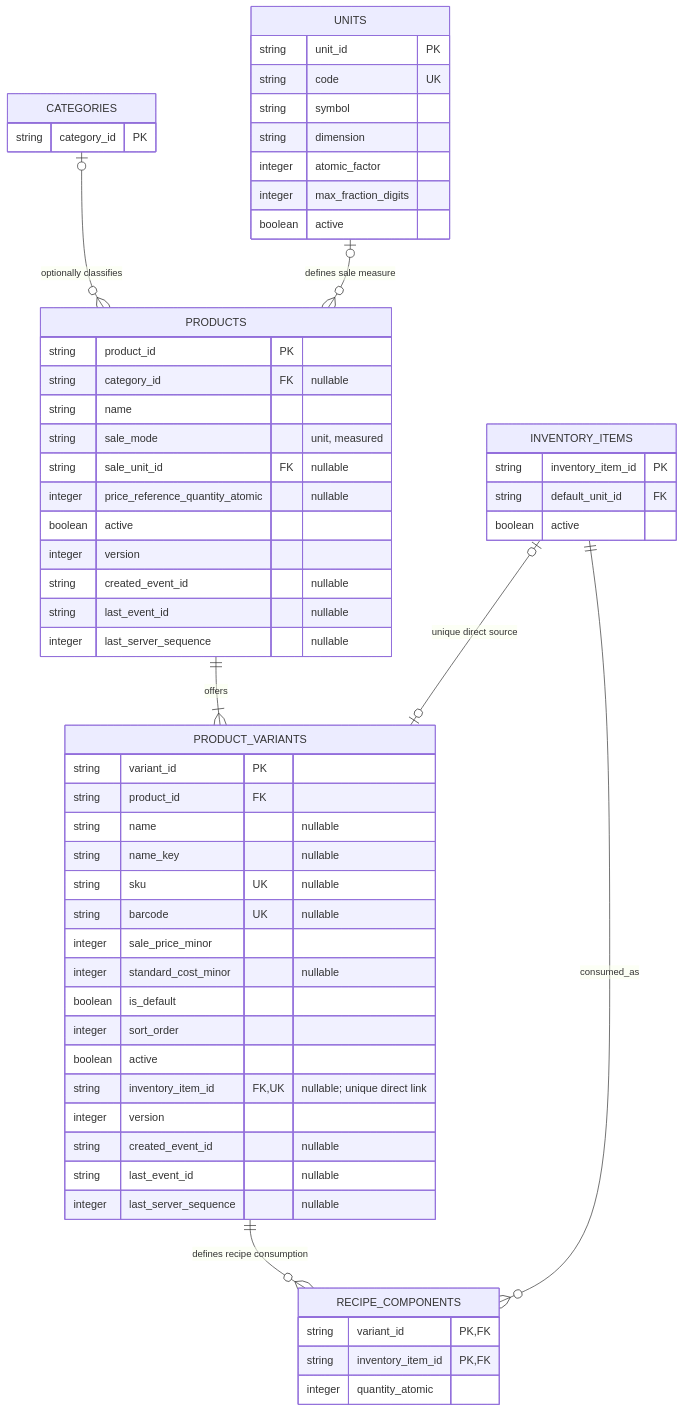
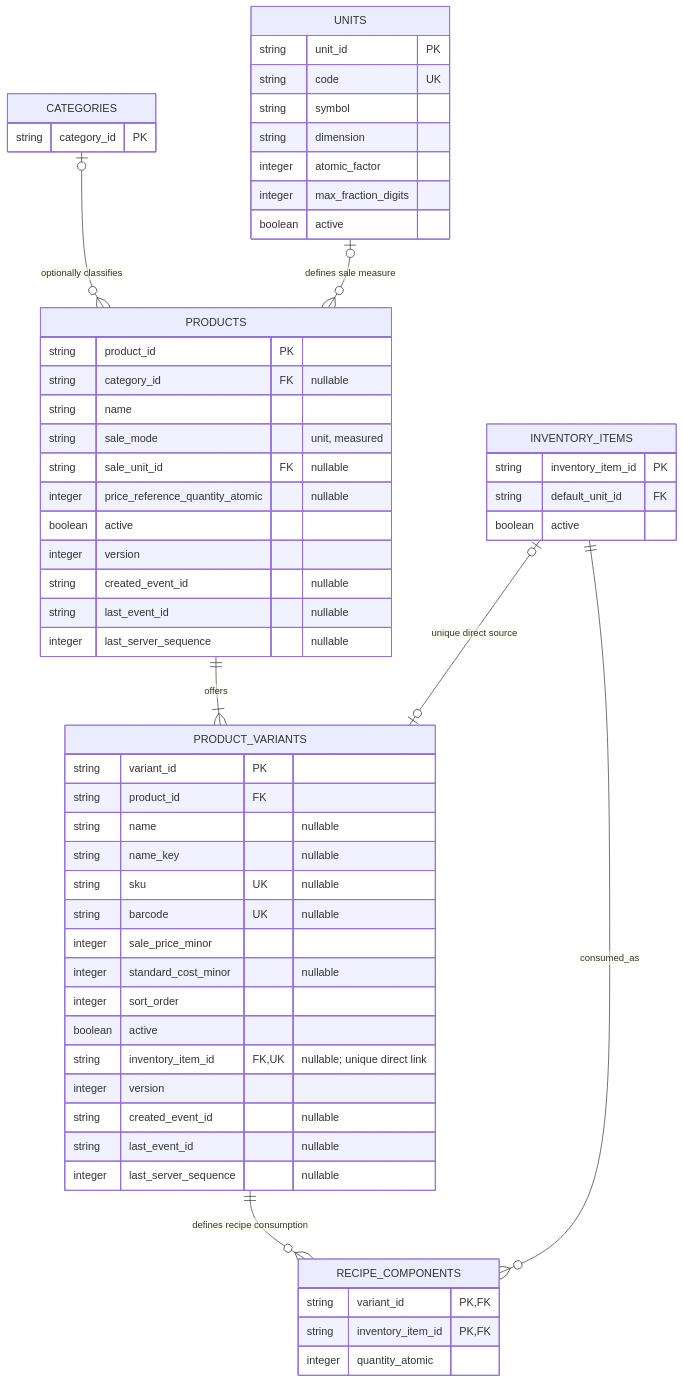
The second of 4 diagrams in 03 - Dominio/Modulos/Articulos.md (benjamin-portafolio/analisis_POS), drawn with Mermaid before and after one commit. The commit also changed other lines of this file and 1188 other files, not shown here.

````diff
--- a/03 - Dominio/Modulos/Articulos.md
+++ b/03 - Dominio/Modulos/Articulos.md
@@ -1087,68 +1121,67 @@
 ```mermaid
 erDiagram
     CATEGORIES o|--o{ PRODUCTS : "optionally classifies"
     UNITS o|--o{ PRODUCTS : "defines sale measure"
     PRODUCTS ||--|{ PRODUCT_VARIANTS : offers
     INVENTORY_ITEMS o|--o| PRODUCT_VARIANTS : "unique direct source"
     PRODUCT_VARIANTS ||--o{ RECIPE_COMPONENTS : "defines recipe consumption"
     INVENTORY_ITEMS ||--o{ RECIPE_COMPONENTS : consumed_as
 
     PRODUCTS {
         string product_id PK
         string category_id FK "nullable"
         string name
         string sale_mode "unit, measured"
         string sale_unit_id FK "nullable"
         integer price_reference_quantity_atomic "nullable"
         boolean active
         integer version
         string created_event_id "nullable"
         string last_event_id "nullable"
         integer last_server_sequence "nullable"
     }
 
     PRODUCT_VARIANTS {
         string variant_id PK
         string product_id FK
         string name "nullable"
         string name_key "nullable"
         string sku UK "nullable"
         string barcode UK "nullable"
         integer sale_price_minor
         integer standard_cost_minor "nullable"
-        boolean is_default
         integer sort_order
         boolean active
         string inventory_item_id FK, UK "nullable; unique direct link"
         integer version
         string created_event_id "nullable"
         string last_event_id "nullable"
         integer last_server_sequence "nullable"
     }
 
     RECIPE_COMPONENTS {
         string variant_id PK, FK
         string inventory_item_id PK, FK
         integer quantity_atomic
     }
 
     CATEGORIES {
         string category_id PK
     }
 
     UNITS {
         string unit_id PK
         string code UK
         string symbol
         string dimension
         integer atomic_factor
         integer max_fraction_digits
         boolean active
     }
 
     INVENTORY_ITEMS {
         string inventory_item_id PK
         string default_unit_id FK
         boolean active
     }
 ```
````
